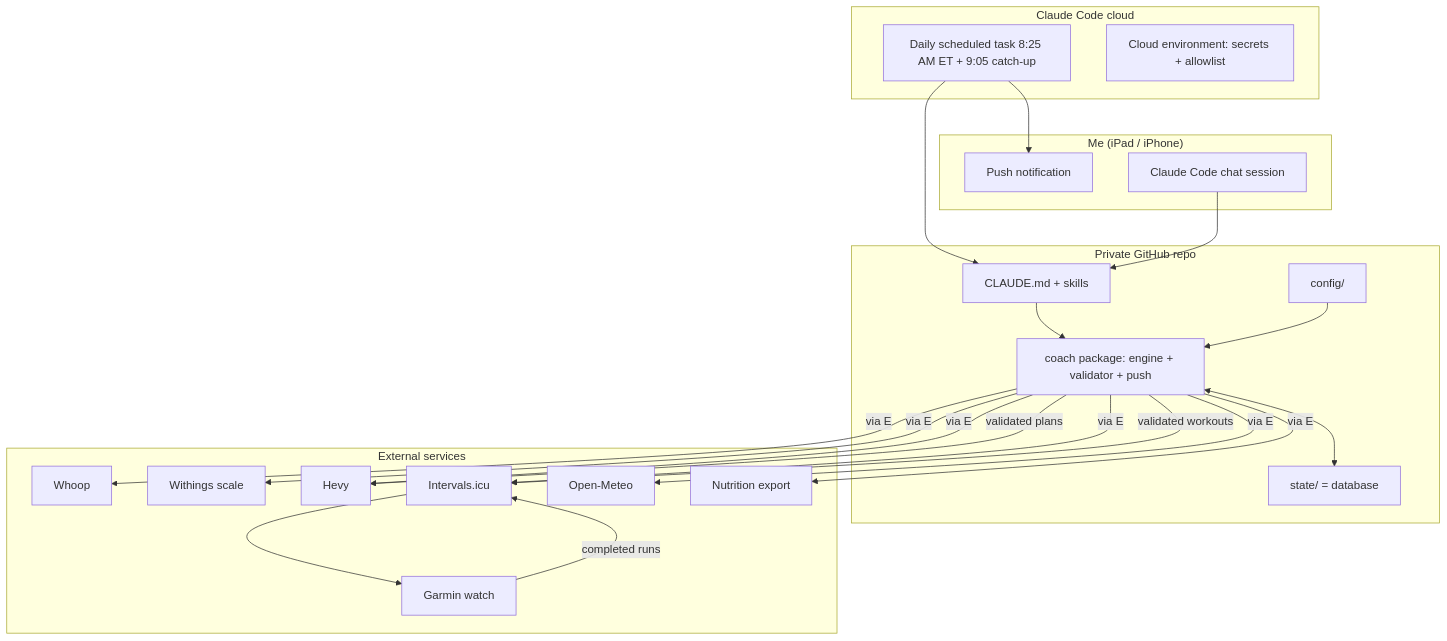
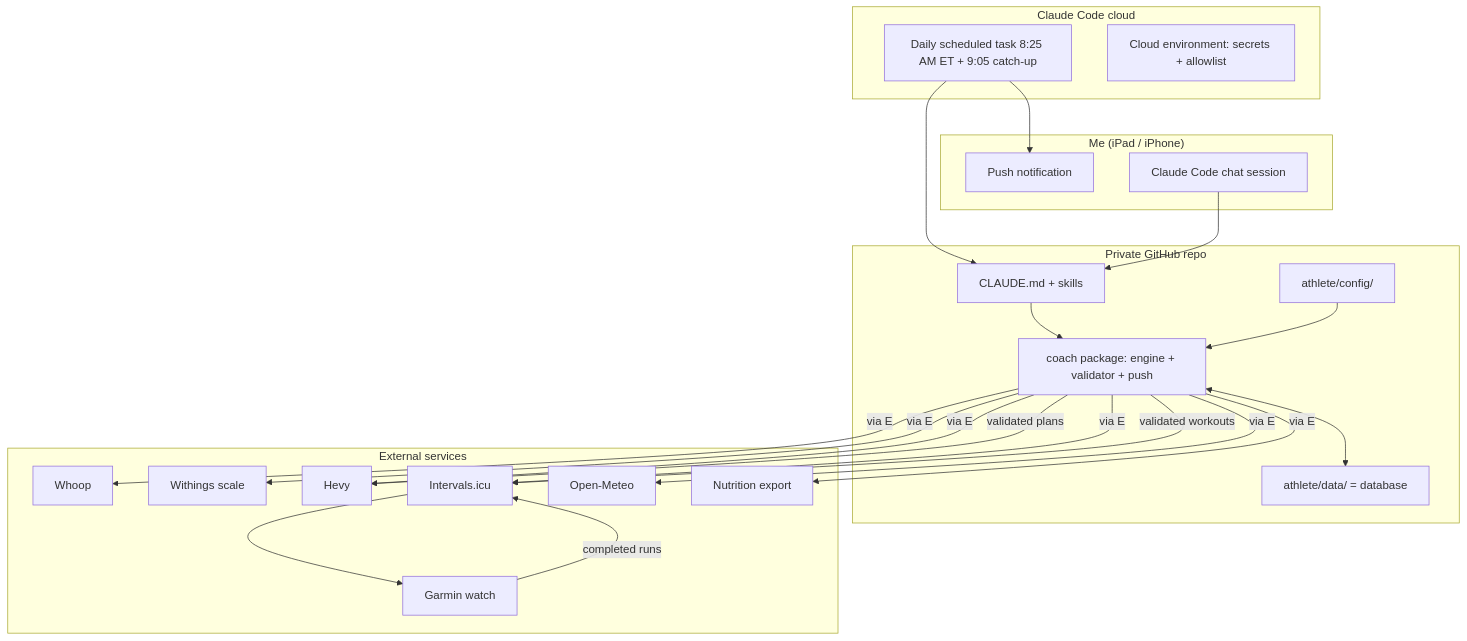
The first of 6 diagrams in docs/ARCHITECTURE.md (evanspill/coach), drawn with Mermaid before and after one commit. The commit also changed other lines of this file and 91 other files, not shown here.

````diff
--- a/docs/ARCHITECTURE.md
+++ b/docs/ARCHITECTURE.md
@@ -6,37 +6,37 @@
 ```mermaid
 flowchart TB
   subgraph Me["Me (iPad / iPhone)"]
     N[Push notification]
     S[Claude Code chat session]
   end
   subgraph Claude["Claude Code cloud"]
     T[Daily scheduled task 8:25 AM ET + 9:05 catch-up]
     E[Cloud environment: secrets + allowlist]
   end
   subgraph Repo["Private GitHub repo"]
     K[CLAUDE.md + skills]
-    C[config/]
+    C[athlete/config/]
     P[coach package: engine + validator + push]
-    ST[state/ = database]
+    ST[athlete/data/ = database]
   end
   subgraph APIs["External services"]
     W[Whoop]
     WS[Withings scale]
     H[Hevy]
     I[Intervals.icu]
     G[Garmin watch]
     M[Open-Meteo]
     NU[Nutrition export]
   end
   T --> K
   S --> K
   K --> P
   P <--> ST
   C --> P
   P -- via E --> W & WS & H & I & M & NU
   P -- validated plans --> H
   P -- validated workouts --> I
   I --> G
   G -- completed runs --> I
   T --> N
 ```
````
